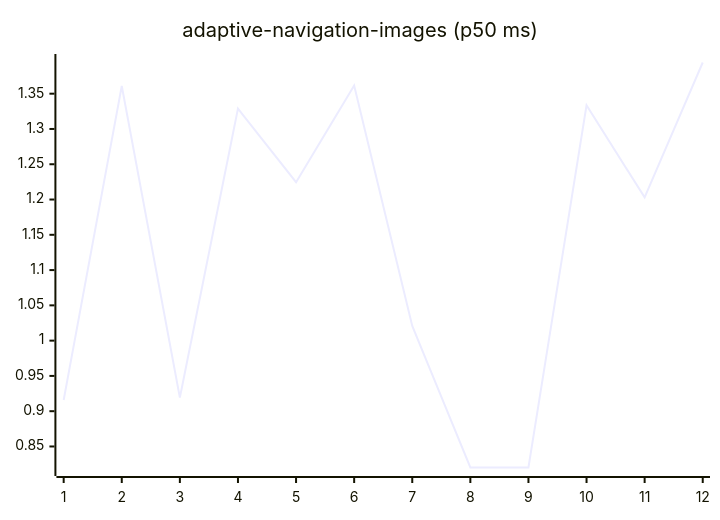
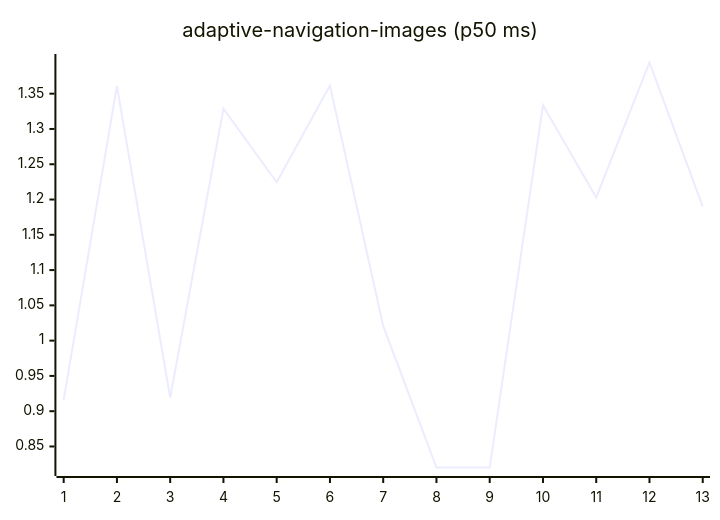
One commit to josha/Facet changed the first of 27 diagrams in README.md. Above: the diagram before and after it, drawn with Mermaid. The commit also changed other lines of this file and 2 other files, not shown here.

````diff
--- a/README.md
+++ b/README.md
@@ -63,6 +63,6 @@
 ```mermaid
 xychart-beta
     title "adaptive-navigation-images (p50 ms)"
-    x-axis 1 --> 12
-    line [0.9159, 1.3609, 0.9193, 1.3288, 1.2245, 1.3615, 1.0208, 0.8202, 0.8203, 1.3336, 1.2030, 1.3942]
+    x-axis 1 --> 13
+    line [0.9159, 1.3609, 0.9193, 1.3288, 1.2245, 1.3615, 1.0208, 0.8202, 0.8203, 1.3336, 1.2030, 1.3942, 1.1900]
 ```
````
